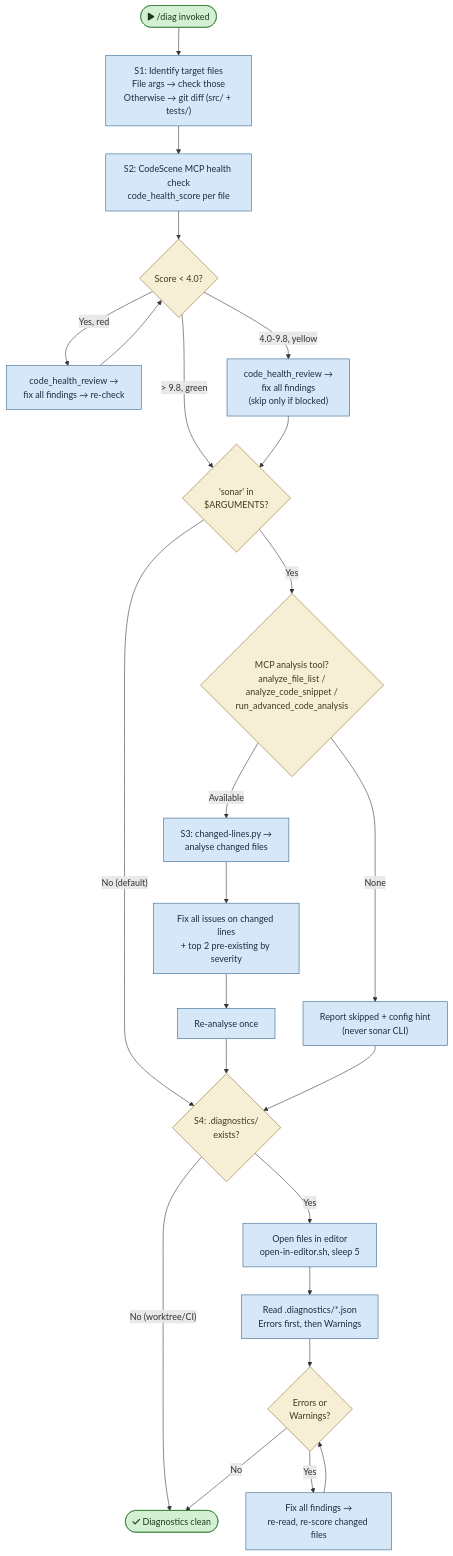
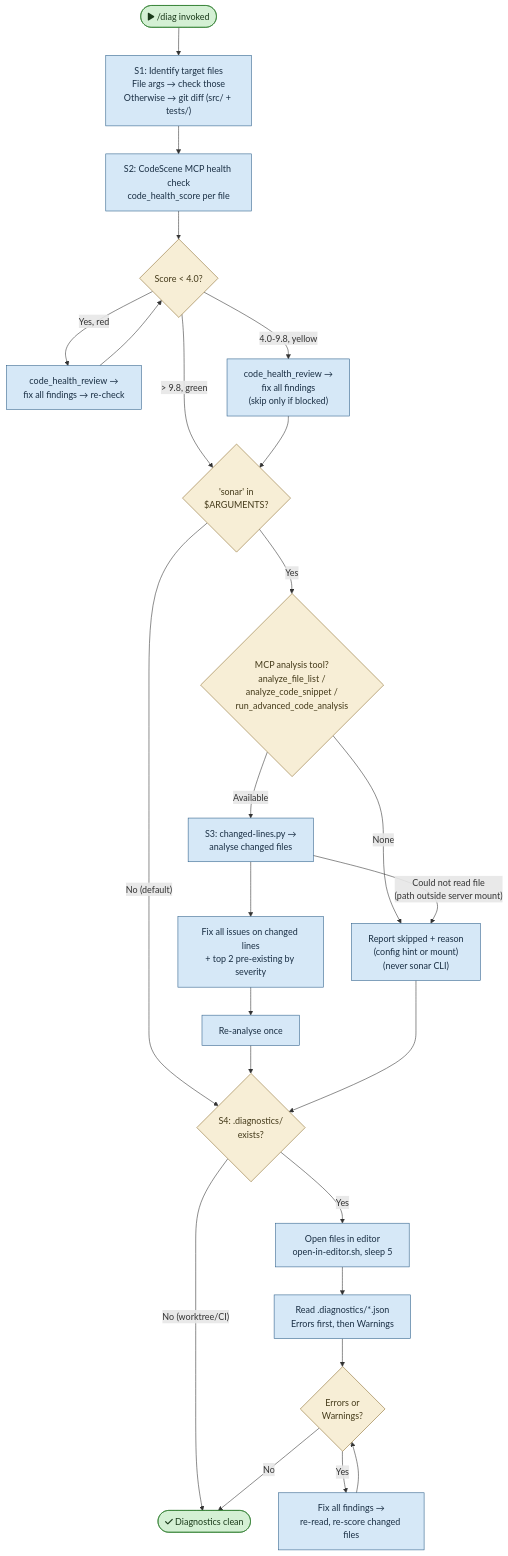
One commit to mironyx/engineering-delivery-framework changed the diagram in plugins/edf/skills/diag/flowchart.md. Above: the diagram before and after it, drawn with Mermaid. The commit also changed 19 other files, not shown here.

````diff
--- a/plugins/edf/skills/diag/flowchart.md
+++ b/plugins/edf/skills/diag/flowchart.md
@@ -5,42 +5,43 @@
 ```mermaid
 flowchart TD
     START(["fa:fa-play /diag invoked"]) --> S1
 
     S1["S1: Identify target files<br/>File args → check those<br/>Otherwise → git diff (src/ + tests/)"] --> S2
 
     S2["S2: CodeScene MCP health check<br/>code_health_score per file"] --> S2_CHK{"Score < 4.0?"}
     S2_CHK -->|"Yes, red"| S2_FIX["code_health_review →<br/>fix all findings → re-check"]
     S2_CHK -->|"4.0-9.8, yellow"| S2_REVIEW["code_health_review →<br/>fix all findings<br/>(skip only if blocked)"]
     S2_CHK -->|"> 9.8, green"| S3_GATE
 
     S2_FIX --> S2_CHK
     S2_REVIEW --> S3_GATE
 
     S3_GATE{"'sonar' in<br/>$ARGUMENTS?"} -->|"No (default)"| S4
     S3_GATE -->|"Yes"| S3_TOOL{"MCP analysis tool?<br/>analyze_file_list /<br/>analyze_code_snippet /<br/>run_advanced_code_analysis"}
-    S3_TOOL -->|"None"| S3_SKIP["Report skipped + config hint<br/>(never sonar CLI)"]
+    S3_TOOL -->|"None"| S3_SKIP["Report skipped + reason<br/>(config hint or mount)<br/>(never sonar CLI)"]
     S3_TOOL -->|"Available"| S3["S3: changed-lines.py →<br/>analyse changed files"]
+    S3 -->|"Could not read file<br/>(path outside server mount)"| S3_SKIP
     S3 --> S3_FIX["Fix all issues on changed lines<br/>+ top 2 pre-existing by severity"]
     S3_FIX --> S3_RE["Re-analyse once"]
     S3_RE --> S4
     S3_SKIP --> S4
 
     S4{"S4: .diagnostics/<br/>exists?"} -->|"No (worktree/CI)"| DONE
     S4 -->|"Yes"| S4_OPEN["Open files in editor<br/>open-in-editor.sh, sleep 5"]
     S4_OPEN --> S4_READ["Read .diagnostics/*.json<br/>Errors first, then Warnings"]
     S4_READ --> S4_CHK{"Errors or<br/>Warnings?"}
     S4_CHK -->|"No"| DONE
     S4_CHK -->|"Yes"| S4_FIX["Fix all findings →<br/>re-read, re-score changed files"]
     S4_FIX --> S4_CHK
 
     DONE(["fa:fa-check Diagnostics clean"])
 
     %% ── Styles ──
     classDef startend fill:#d4f0d4,stroke:#2d7d2d,color:#1a3a1a
     classDef process fill:#d6e8f7,stroke:#2d5f8a,color:#1a2f44
     classDef decision fill:#f7eed6,stroke:#8a6d2d,color:#443a1a
 
     class START,DONE startend
     class S1,S2,S2_FIX,S2_REVIEW,S3,S3_SKIP,S3_FIX,S3_RE,S4_OPEN,S4_READ,S4_FIX process
     class S2_CHK,S3_GATE,S3_TOOL,S4,S4_CHK decision
 ```
````
